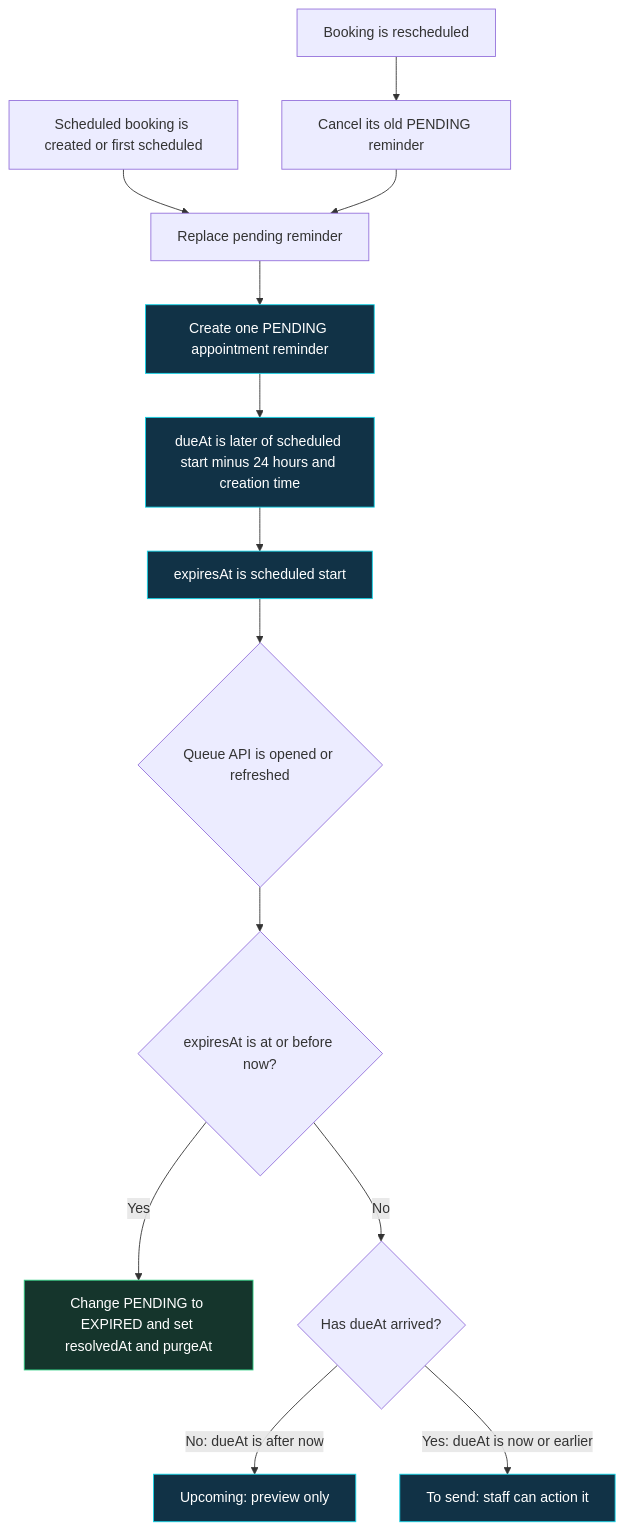
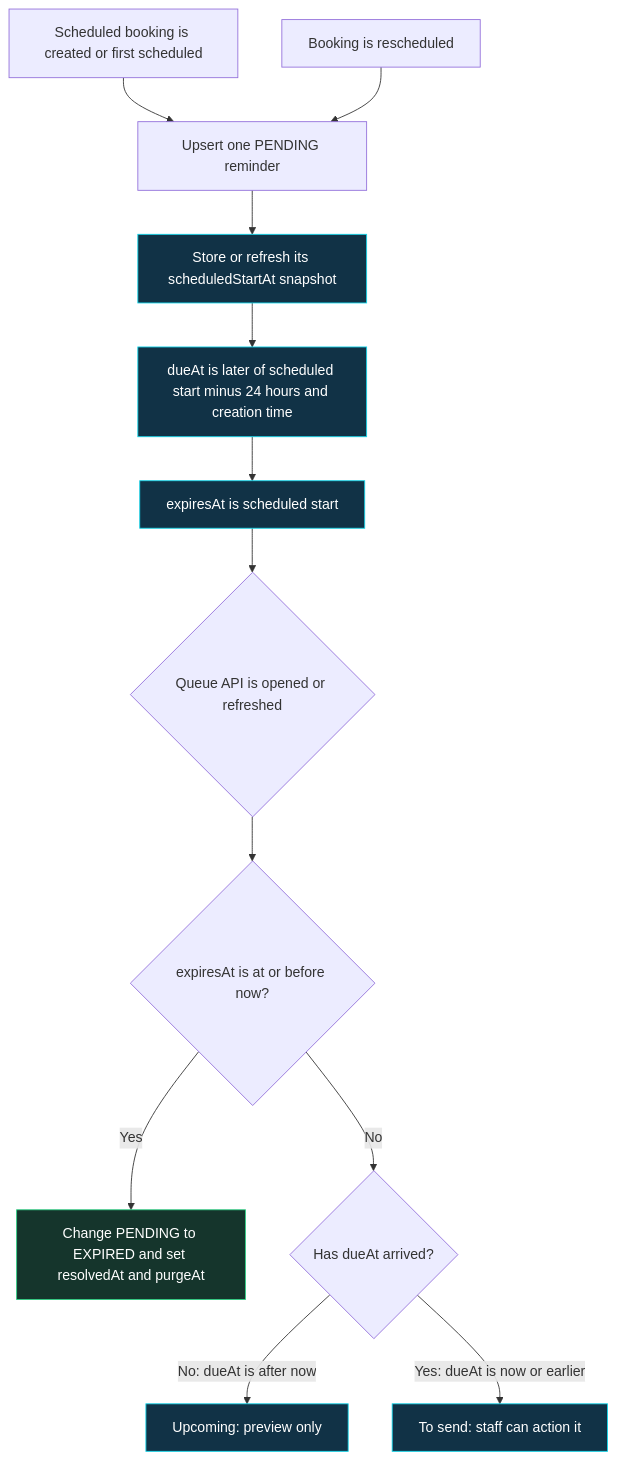
Before and after one commit to nikhilraghu1c/zenvork-saas: the first of 4 diagrams in docs/backend/reminder-flow.md, drawn with Mermaid. The commit also changed other lines of this file and 8 other files, not shown here.

````diff
--- a/docs/backend/reminder-flow.md
+++ b/docs/backend/reminder-flow.md
@@ -8,21 +8,20 @@
 ```mermaid
 flowchart TD
-    A[Scheduled booking is created or first scheduled] --> B[Replace pending reminder]
-    R[Booking is rescheduled] --> C[Cancel its old PENDING reminder]
-    C --> B
-    B --> D[Create one PENDING appointment reminder]
+    A[Scheduled booking is created or first scheduled] --> B[Upsert one PENDING reminder]
+    R[Booking is rescheduled] --> B
+    B --> D[Store or refresh its scheduledStartAt snapshot]
     D --> E[dueAt is later of scheduled start minus 24 hours and creation time]
     E --> F[expiresAt is scheduled start]
 
     F --> G{Queue API is opened or refreshed}
     G --> H{expiresAt is at or before now?}
     H -- Yes --> I[Change PENDING to EXPIRED and set resolvedAt and purgeAt]
     H -- No --> J{Has dueAt arrived?}
     J -- No: dueAt is after now --> K[Upcoming: preview only]
     J -- Yes: dueAt is now or earlier --> L[To send: staff can action it]
 
     classDef pending fill:#113246,stroke:#12d6ea,color:#ffffff;
     classDef terminal fill:#15352c,stroke:#2ecf83,color:#ffffff;
     class D,E,F,K,L pending;
     class I terminal;
 ```
````
